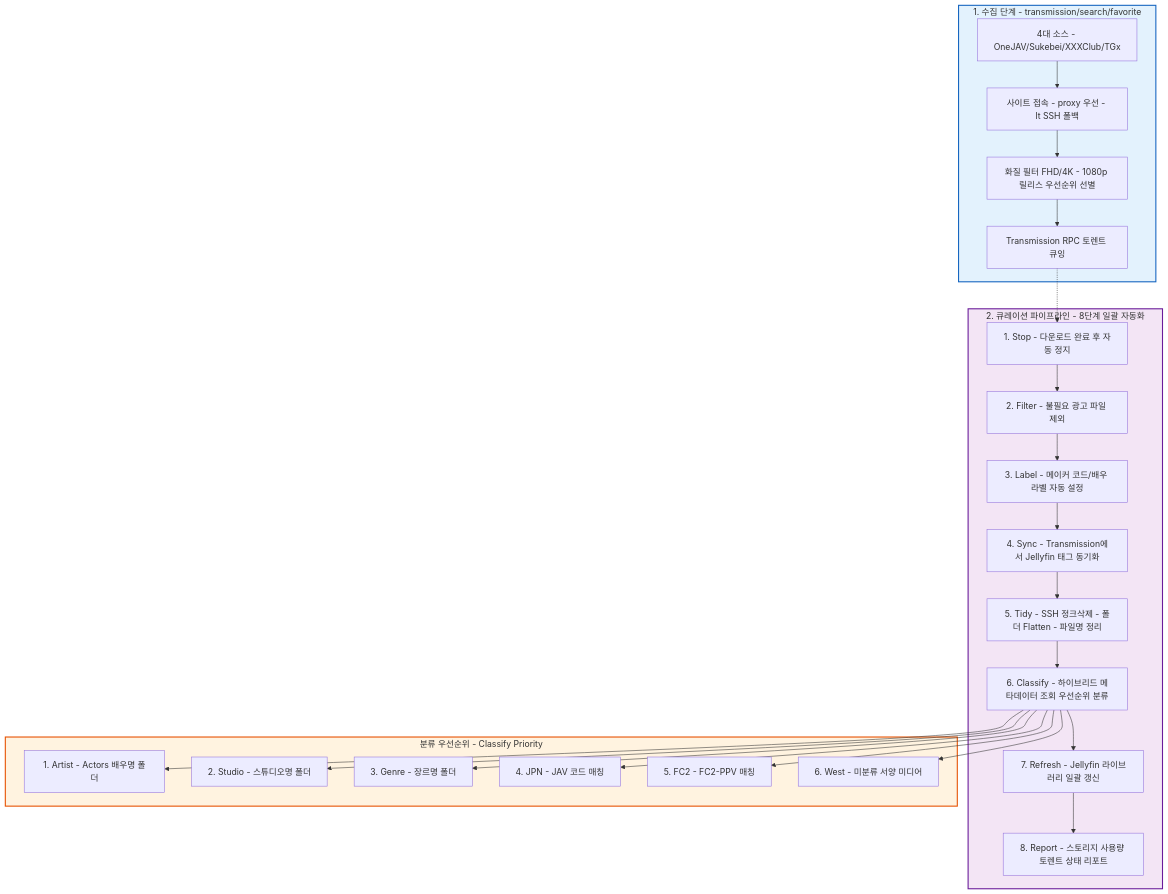
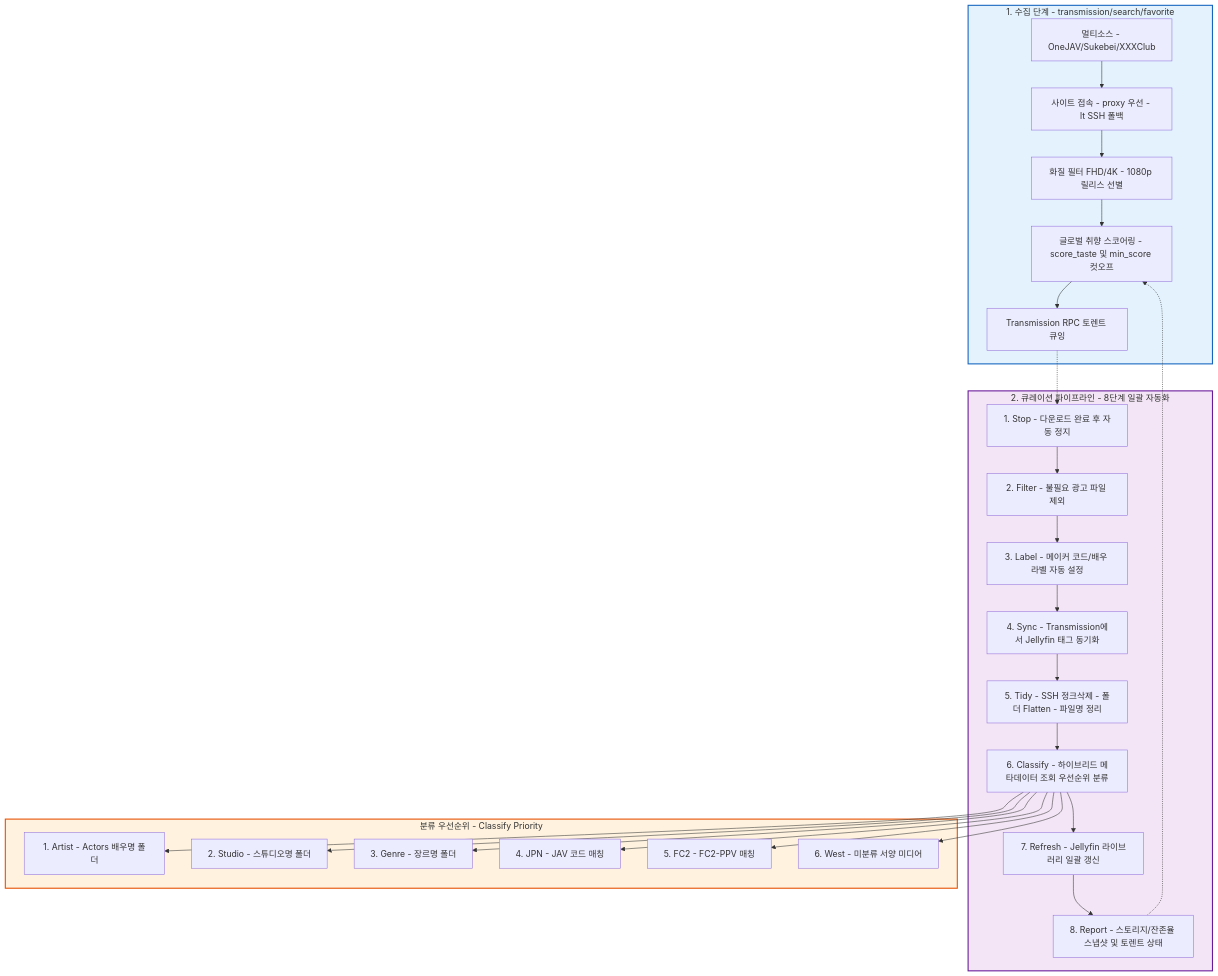
Before and after one commit to deuxksy/Meridian-X: the diagram in docs/okf/explanation/architecture-and-workflow.md, drawn with Mermaid. The commit also changed other lines of this file and 7 other files, not shown here.

Commit message:
docs: sync agent rules, README, and OKF docs with taste scoring and schema

````diff
--- a/docs/okf/explanation/architecture-and-workflow.md
+++ b/docs/okf/explanation/architecture-and-workflow.md
@@ -11,32 +11,34 @@
 ```mermaid
 graph TD
     subgraph Ingest[1. 수집 단계 - transmission/search/favorite]
-        SRC[4대 소스 - OneJAV/Sukebei/XXXClub/TGx] --> FETCH[사이트 접속 - proxy 우선 - lt SSH 폴백]
-        FETCH --> DEDUP[화질 필터 FHD/4K - 1080p 릴리스 우선순위 선별]
-        DEDUP --> TX_ADD[Transmission RPC 토렌트 큐잉]
+        SRC[멀티소스 - OneJAV/Sukebei/XXXClub] --> FETCH[사이트 접속 - proxy 우선 - lt SSH 폴백]
+        FETCH --> DEDUP[화질 필터 FHD/4K - 1080p 릴리스 선별]
+        DEDUP --> SCORE[글로벌 취향 스코어링 - score_taste 및 min_score 컷오프]
+        SCORE --> TX_ADD[Transmission RPC 토렌트 큐잉]
     end
 
     subgraph Pipeline[2. 큐레이션 파이프라인 - 8단계 일괄 자동화]
         TX_ADD -.-> S1
         S1[1. Stop - 다운로드 완료 후 자동 정지] --> S2[2. Filter - 불필요 광고 파일 제외]
         S2 --> S3[3. Label - 메이커 코드/배우 라벨 자동 설정]
         S3 --> S4[4. Sync - Transmission에서 Jellyfin 태그 동기화]
         S4 --> S5[5. Tidy - SSH 정크삭제 - 폴더 Flatten - 파일명 정리]
         S5 --> S6[6. Classify - 하이브리드 메타데이터 조회 우선순위 분류]
         S6 --> S7[7. Refresh - Jellyfin 라이브러리 일괄 갱신]
-        S7 --> S8[8. Report - 스토리지 사용량 토렌트 상태 리포트]
+        S7 --> S8[8. Report - 스토리지/잔존율 스냅샷 및 토렌트 상태]
+        S8 -.-> SCORE
     end
 
     subgraph ClassifyPriority[분류 우선순위 - Classify Priority]
         S6 --> P1[1. Artist - Actors 배우명 폴더]
         S6 --> P2[2. Studio - 스튜디오명 폴더]
         S6 --> P3[3. Genre - 장르명 폴더]
         S6 --> P4[4. JPN - JAV 코드 매칭]
         S6 --> P5[5. FC2 - FC2-PPV 매칭]
         S6 --> P6[6. West - 미분류 서양 미디어]
     end
 
     style Ingest fill:#e3f2fd,stroke:#1565c0,stroke-width:2px
     style Pipeline fill:#f3e5f5,stroke:#6a1b9a,stroke-width:2px
     style ClassifyPriority fill:#fff3e0,stroke:#e65100,stroke-width:2px
 ```
````
